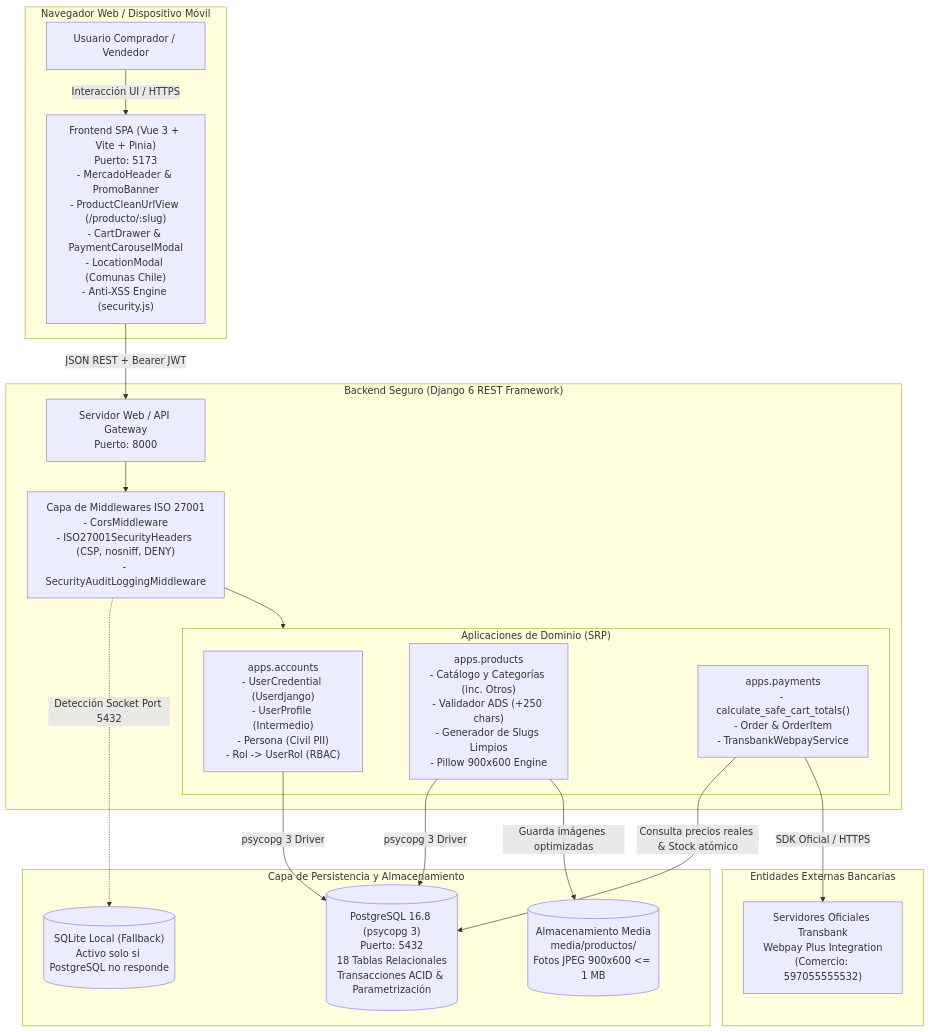
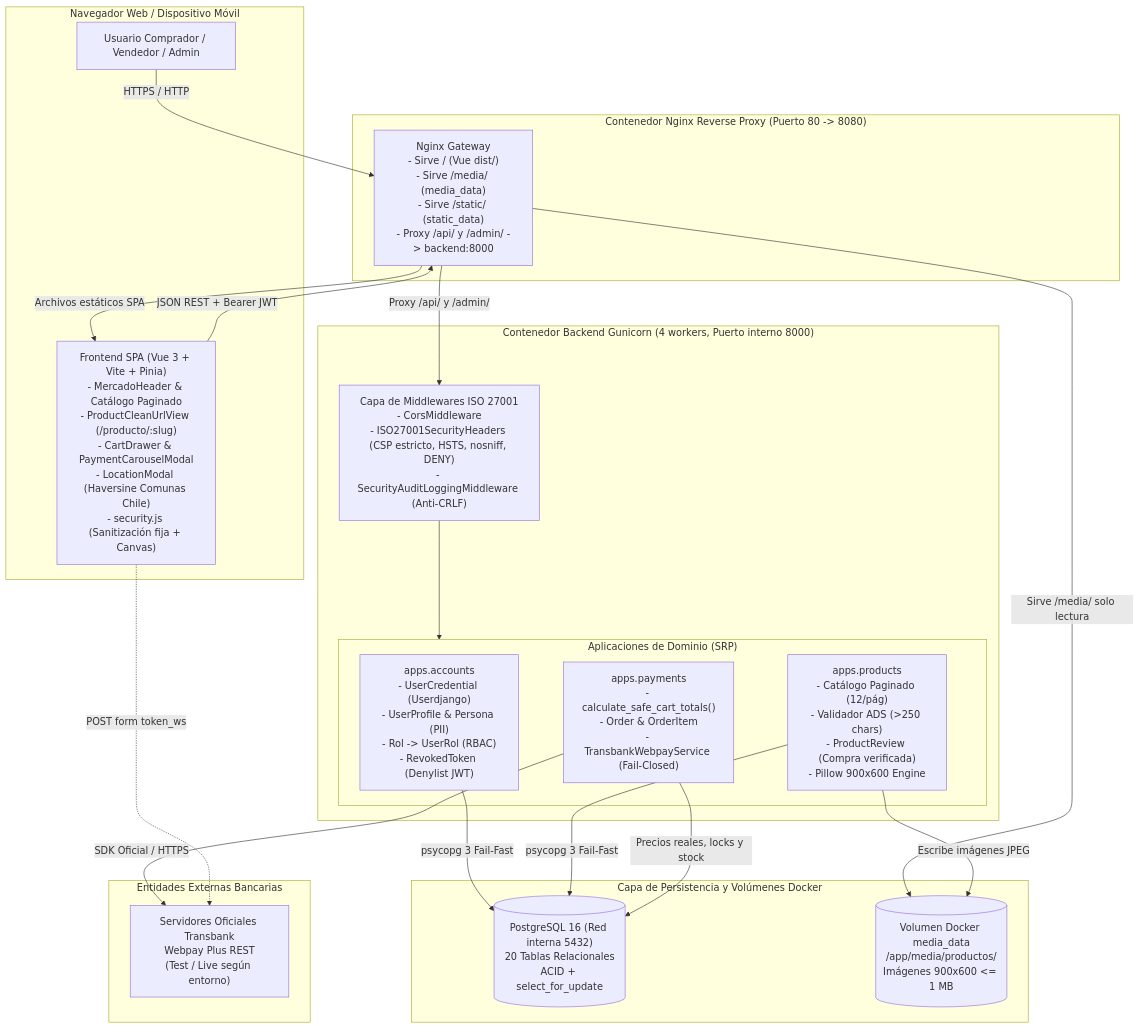
One commit to RobertxDessinacap/Tienda_Vecina_INACAP changed the first of 3 diagrams in DOCUMENTACION_SISTEMA.md. Above: the diagram before and after it, drawn with Mermaid. The commit also changed other lines of this file and 59 other files, not shown here.

````diff
--- a/DOCUMENTACION_SISTEMA.md
+++ b/DOCUMENTACION_SISTEMA.md
@@ -75,41 +76,44 @@
 ```mermaid
 flowchart TB
     subgraph Cliente["Navegador Web / Dispositivo Móvil"]
-        User["Usuario Comprador / Vendedor"]
-        SPA["Frontend SPA (Vue 3 + Vite + Pinia)\nPuerto: 5173\n- MercadoHeader & PromoBanner\n- ProductCleanUrlView (/producto/:slug)\n- CartDrawer & PaymentCarouselModal\n- LocationModal (Comunas Chile)\n- Anti-XSS Engine (security.js)"]
+        User["Usuario Comprador / Vendedor / Admin"]
+        SPA["Frontend SPA (Vue 3 + Vite + Pinia)\n- MercadoHeader & Catálogo Paginado\n- ProductCleanUrlView (/producto/:slug)\n- CartDrawer & PaymentCarouselModal\n- LocationModal (Haversine Comunas Chile)\n- security.js (Sanitización fija + Canvas)"]
     end
 
-    subgraph BackendAPI["Backend Seguro (Django 6 REST Framework)"]
-        Nginx["Servidor Web / API Gateway\nPuerto: 8000"]
-        Middlewares["Capa de Middlewares ISO 27001\n- CorsMiddleware\n- ISO27001SecurityHeaders (CSP, nosniff, DENY)\n- SecurityAuditLoggingMiddleware"]
+    subgraph InfraWeb["Contenedor Nginx Reverse Proxy (Puerto 80 -> 8080)"]
+        Nginx["Nginx Gateway\n- Sirve / (Vue dist/)\n- Sirve /media/ (media_data)\n- Sirve /static/ (static_data)\n- Proxy /api/ y /admin/ -> backend:8000"]
+    end
+
+    subgraph BackendAPI["Contenedor Backend Gunicorn (4 workers, Puerto interno 8000)"]
+        Middlewares["Capa de Middlewares ISO 27001\n- CorsMiddleware\n- ISO27001SecurityHeaders (CSP estricto, HSTS, nosniff, DENY)\n- SecurityAuditLoggingMiddleware (Anti-CRLF)"]
 
         subgraph Modulos["Aplicaciones de Dominio (SRP)"]
-            AppAccounts["apps.accounts\n- UserCredential (Userdjango)\n- UserProfile (Intermedio)\n- Persona (Civil PII)\n- Rol -> UserRol (RBAC)"]
-            AppProducts["apps.products\n- Catálogo y Categorías (inc. Otros)\n- Validador ADS (+250 chars)\n- Generador de Slugs Limpios\n- Pillow 900x600 Engine"]
-            AppPayments["apps.payments\n- calculate_safe_cart_totals()\n- Order & OrderItem\n- TransbankWebpayService"]
+            AppAccounts["apps.accounts\n- UserCredential (Userdjango)\n- UserProfile & Persona (PII)\n- Rol -> UserRol (RBAC)\n- RevokedToken (Denylist JWT)"]
+            AppProducts["apps.products\n- Catálogo Paginado (12/pág)\n- Validador ADS (>250 chars)\n- ProductReview (Compra verificada)\n- Pillow 900x600 Engine"]
+            AppPayments["apps.payments\n- calculate_safe_cart_totals()\n- Order & OrderItem\n- TransbankWebpayService (Fail-Closed)"]
         end
     end
 
-    subgraph Persistencia["Capa de Persistencia y Almacenamiento"]
-        Postgres[("PostgreSQL 16.8 (psycopg 3)\nPuerto: 5432\n18 Tablas Relacionales\nTransacciones ACID & Parametrización")]
-        MediaStorage[("Almacenamiento Media\nmedia/productos/\nFotos JPEG 900x600 <= 1 MB")]
-        SQLiteFallback[("SQLite Local (Fallback)\nActivo solo si PostgreSQL no responde")]
+    subgraph Persistencia["Capa de Persistencia y Volúmenes Docker"]
+        Postgres[("PostgreSQL 16 (Red interna 5432)\n20 Tablas Relacionales\nACID + select_for_update")]
+        MediaStorage[("Volumen Docker media_data\n/app/media/productos/\nImágenes 900x600 <= 1 MB")]
     end
 
     subgraph Pasarelas["Entidades Externas Bancarias"]
-        TBK["Servidores Oficiales Transbank\nWebpay Plus Integration\n(Comercio: 597055555532)"]
+        TBK["Servidores Oficiales Transbank\nWebpay Plus REST\n(Test / Live según entorno)"]
     end
 
-    User -->|Interacción UI / HTTPS| SPA
+    User -->|HTTPS / HTTP| Nginx
+    Nginx -->|Archivos estáticos SPA| SPA
     SPA -->|JSON REST + Bearer JWT| Nginx
-    Nginx --> Middlewares
+    Nginx -->|Proxy /api/ y /admin/| Middlewares
+    Nginx -->|Sirve /media/ solo lectura| MediaStorage
     Middlewares --> Modulos
 
-    AppAccounts -->|psycopg 3 Driver| Postgres
-    AppProducts -->|psycopg 3 Driver| Postgres
-    AppProducts -->|Guarda imágenes optimizadas| MediaStorage
-    AppPayments -->|Consulta precios reales & Stock atómico| Postgres
+    AppAccounts -->|psycopg 3 Fail-Fast| Postgres
+    AppProducts -->|psycopg 3 Fail-Fast| Postgres
+    AppProducts -->|Escribe imágenes JPEG| MediaStorage
+    AppPayments -->|Precios reales, locks y stock| Postgres
     AppPayments -->|SDK Oficial / HTTPS| TBK
-
-    Middlewares -.->|Detección Socket Port 5432| SQLiteFallback
+    SPA -.->|POST form token_ws| TBK
 ```
````
